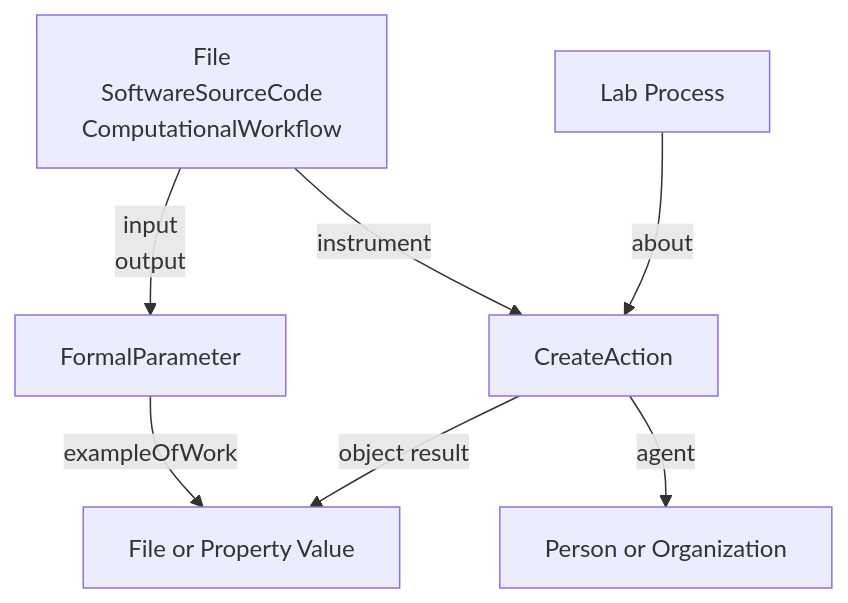
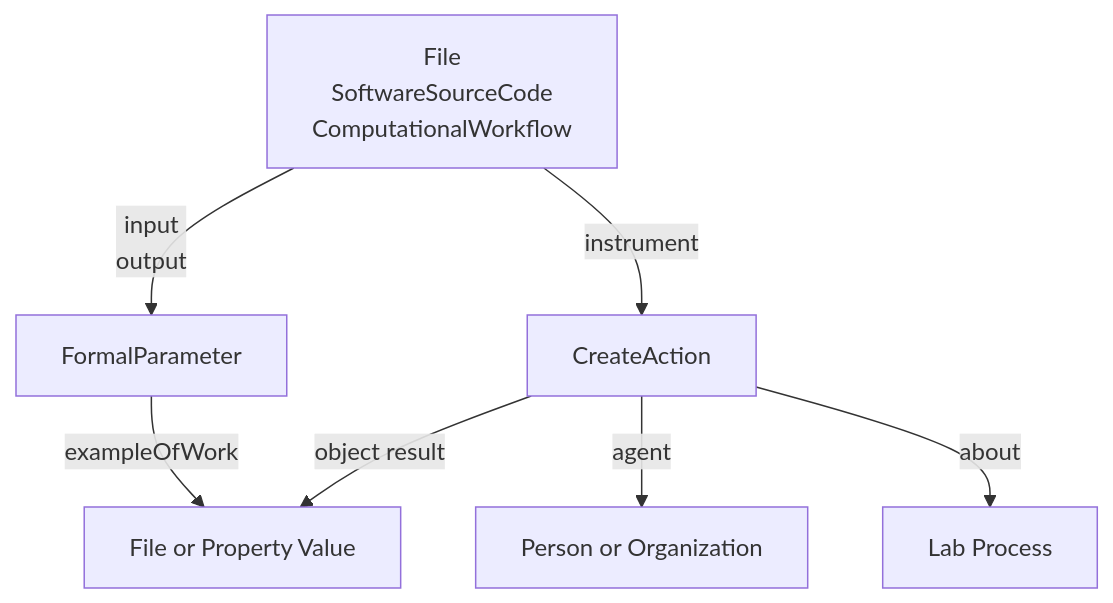
One commit to nfdi4plants/arc-cwl-ro-crate-profile changed the diagram in profile/arc_cwl_ro_crate.md. Above: the diagram before and after it, drawn with Mermaid.

Commit message:
update mermaid chart

````diff
--- a/profile/arc_cwl_ro_crate.md
+++ b/profile/arc_cwl_ro_crate.md
@@ -20,9 +20,9 @@
 ```mermaid
 flowchart TD
         A["File\nSoftwareSourceCode\nComputationalWorkflow"] -- "input\noutput" --> B["FormalParameter"]
         A -- "instrument" --> C["CreateAction"]
         C -- "agent" --> D["Person or Organization"]
         B -- "exampleOfWork" --> E["File or Property Value"]
         C -- "object result" --> E
-        H["Lab Process"] -- "about" --> C
+        C -- "about" --> H["Lab Process"]
 ```
````
